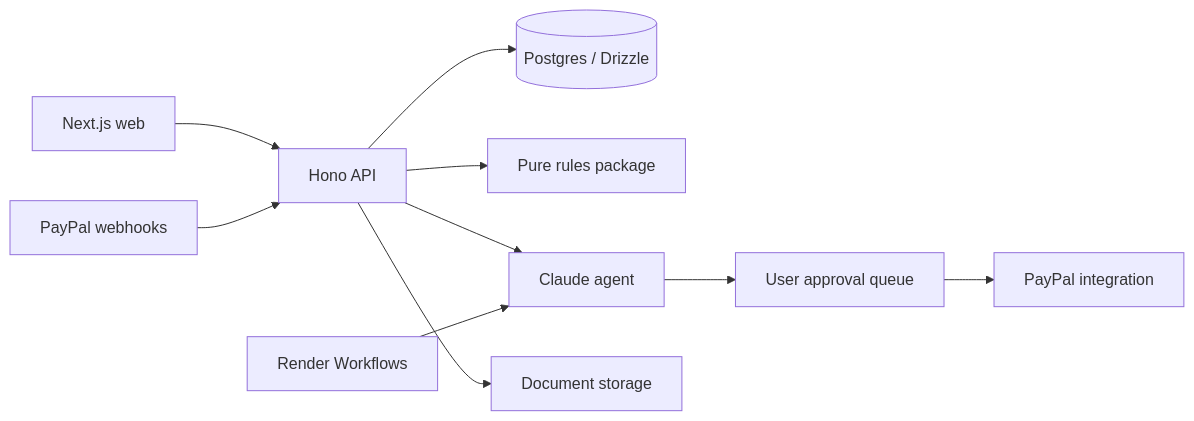
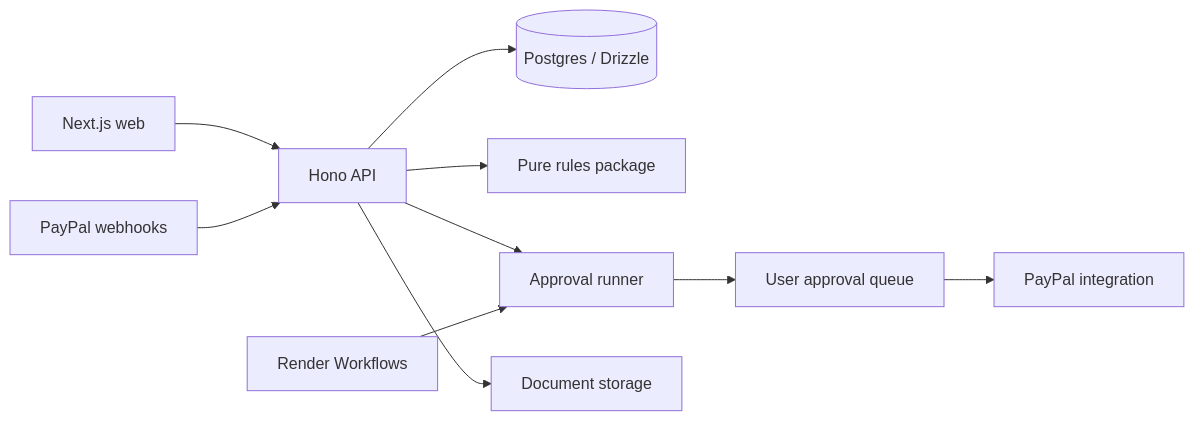
One commit to Jaisheesh-2006/Niryat changed the diagram in docs/architecture.md. Above: the diagram before and after it, drawn with Mermaid. The commit also changed other lines of this file and 10 other files, not shown here.

````diff
--- a/docs/architecture.md
+++ b/docs/architecture.md
@@ -7,12 +7,12 @@
 ```mermaid
 flowchart LR
   Web[Next.js web] --> API[Hono API]
   Hooks[PayPal webhooks] --> API
   API --> DB[(Postgres / Drizzle)]
   API --> Rules[Pure rules package]
-  API --> Agent[Claude agent]
+  API --> Agent[Approval runner]
   Worker[Render Workflows] --> Agent
   Agent --> Queue[User approval queue]
   Queue --> PayPal[PayPal integration]
   API --> Files[Document storage]
 ```
````
